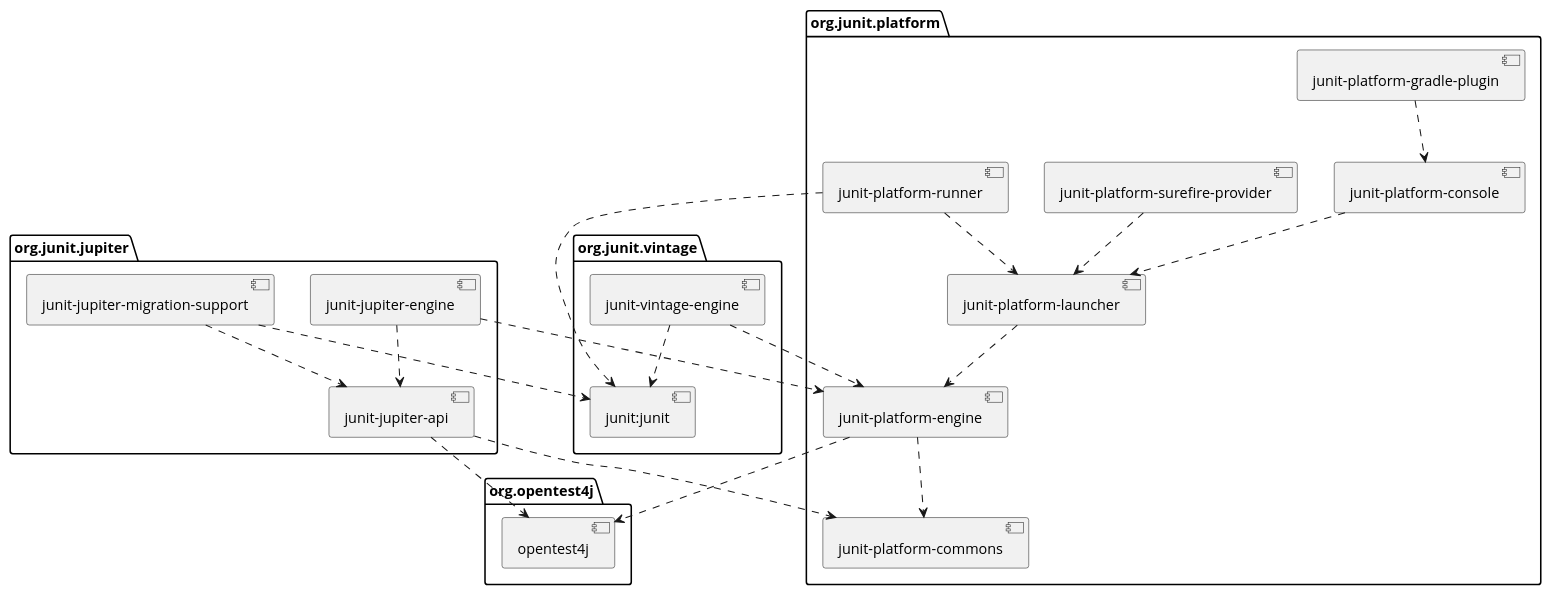
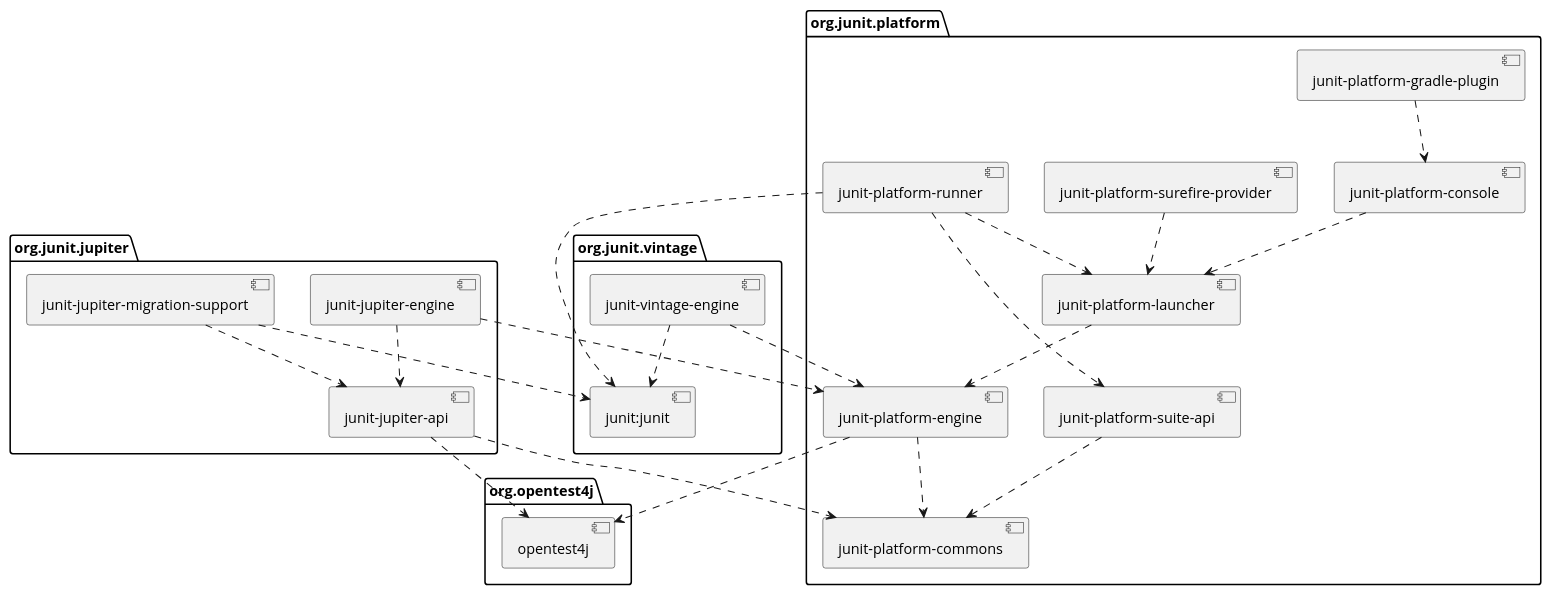
The diagram in documentation/src/docs/asciidoc/overview.adoc (junit-team/junit5), drawn with PlantUML before and after one commit. The commit also changed other lines of this file and 32 other files, not shown here.

First line of the commit message:
Introduce junit-platform-suite-api module

```diff
--- a/documentation/src/docs/asciidoc/overview.adoc
+++ b/documentation/src/docs/asciidoc/overview.adoc
@@ -118,57 +122,61 @@
 [plantuml, component-diagram, svg]
 ----
 skinparam {
     defaultFontName Open Sans
 }
 
 package org.junit.jupiter {
     [junit-jupiter-api] as jupiterapi
     [junit-jupiter-engine] as jupiterengine
     [junit-jupiter-migration-support] as jupitermigrationsupport
 }
 
 package org.junit.vintage {
     [junit-vintage-engine] as vintage
     [junit:junit] as junit4
 }
 
 package org.junit.platform {
     [junit-platform-commons] as commons
     [junit-platform-console] as console
     [junit-platform-engine] as engine
     [junit-platform-gradle-plugin] as gradle
     [junit-platform-launcher] as launcher
     [junit-platform-runner] as runner
+    [junit-platform-suite-api] as suiteapi
     [junit-platform-surefire-provider] as surefire
 }
 
 package org.opentest4j {
     [opentest4j]
 }
 
 jupiterapi ..> opentest4j
 jupiterapi ..> commons
 
 jupiterengine ..> engine
 jupiterengine ..> jupiterapi
 
 jupitermigrationsupport ..> jupiterapi
 jupitermigrationsupport ..> junit4
 
 console ..> launcher
 
 gradle ..> console
 
 launcher ..> engine
 
 engine ..> opentest4j
 engine ..> commons
 
 runner ..> launcher
+runner ..> suiteapi
 runner ..> junit4
+
+suiteapi ..> commons
 
 surefire ..> launcher
 
 vintage ..> engine
 vintage ..> junit4
 ----
```
